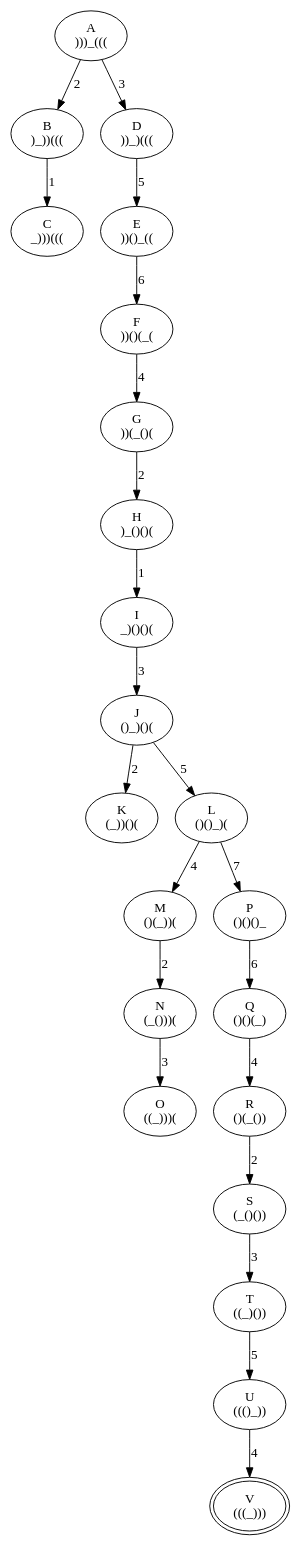
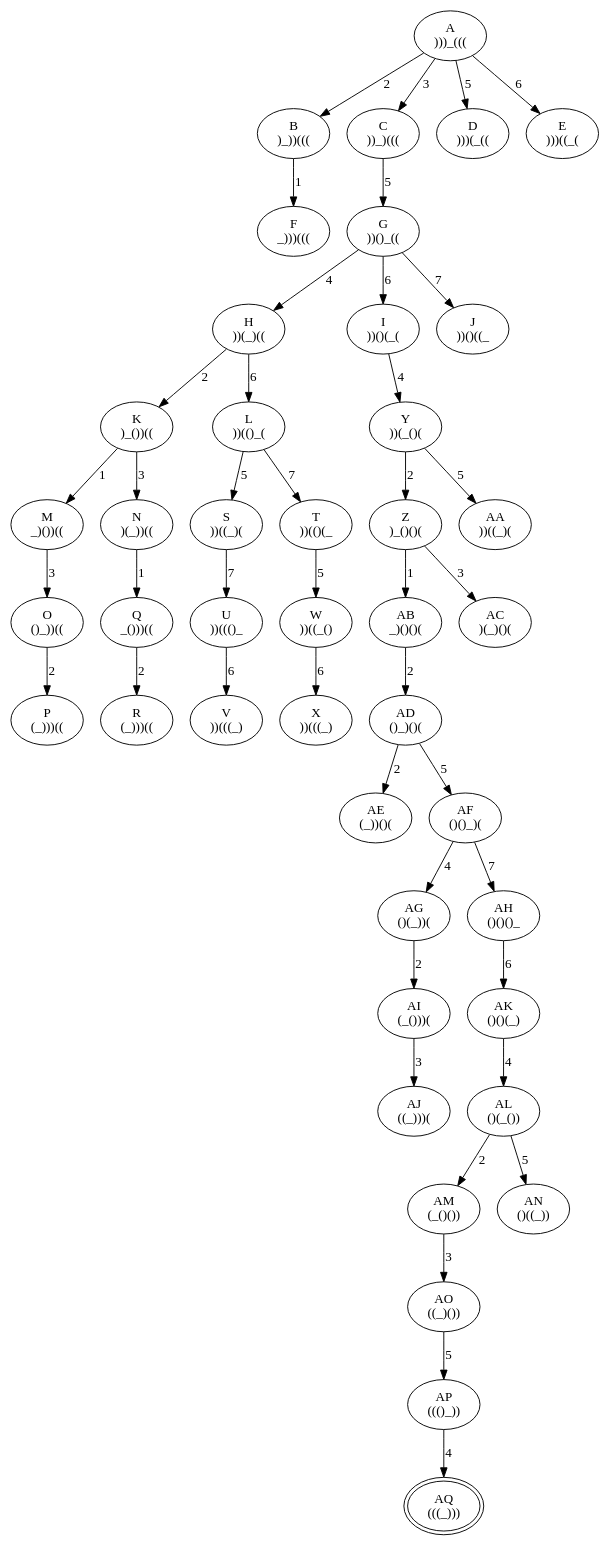
One commit to nicexe/the-jumping-frogs-puzzle changed the diagram in Diagram.dot. Above: the diagram before and after it, drawn with Graphviz.

Commit message:
Fixed the graph

```diff
--- a/Diagram.dot
+++ b/Diagram.dot
@@ -1,68 +1,89 @@
 
 digraph ""
 {
   A [label="A\n)))_((("] ;
-
     A -> B [label="2"] ;
-    B [label="B\n)_))((("] ;
-
-      B -> C [label="1"] ;
-      C [label="C\n_)))((("] ;
-
-    A -> D [label="3"] ;
-    D [label="D\n))_)((("] ;
-
-      D -> E [label="5"] ;
-      E [label="E\n))()_(("] ;
-
-        E -> F [label="6"] ;
-        F [label="F\n))()(_("] ;
-
-          F -> G [label="4"] ;
-          G [label="G\n))(_()("] ;
-
-            G -> H [label="2"] ;
-            H [label="H\n)_()()("] ;
-
-              H -> I [label="1"] ;
-              I [label="I\n_)()()("] ;
-
-                I -> J [label="3"] ;
-                J [label="J\n()_)()("] ;
-                
-                  J -> K [label="2"] ;
-                  K [label="K\n(_))()("] ;
-                  
-                J -> L [label="5"] ;
-                L [label="L\n()()_)("] ;
-                
-                  L -> M [label="4"] ;
-                  M [label="M\n()(_))("] ;
-                  
-                    M -> N [label="2"] ;
-                    N [label="N\n(_()))("] ;
-
-                      N -> O [label="3"] ;
-                      O [label="O\n((_)))("] ;
-
-                  L -> P [label="7"] ;
-                  P [label="P\n()()()_"] ;
-
-                    P -> Q [label="6"] ;
-                    Q [label="Q\n()()(_)"] ;
-
-                      Q -> R [label="4"] ;
-                      R [label="R\n()(_())"] ;
-
-                        R -> S [label="2"] ;
-                        S [label="S\n(_()())"] ;
-
-                          S -> T [label="3"] ;
-                          T [label="T\n((_)())"] ;
-
-                            T -> U [label="5"] ;
-                            U [label="U\n((()_))"] ;
-
-                              U -> V [label="4"] ;
-                              V [label="V\n(((_)))"][peripheries=2] ;
+      B [label="B\n)_))((("] ;
+        B -> F [label="1"] ;
+          F [label="F\n_)))((("] ;
+    A -> C [label="3"] ;
+      C [label="C\n))_)((("] ;
+        C -> G [label="5"] ;
+          G [label="G\n))()_(("] ;
+            G -> H [label="4"] ;
+              H [label="H\n))(_)(("] ;
+                H -> K [label="2"] ;
+                  K [label="K\n)_())(("] ;
+                    K -> M [label="1"] ;
+                      M [label="M\n_)())(("] ;
+                        M -> O [label="3"] ;
+                          O [label="O\n()_))(("] ;
+                            O -> P [label="2"] ;
+                              P [label="P\n(_)))(("] ;
+                    K -> N [label="3"] ;
+                      N [label="N\n)(_))(("] ;
+                        N -> Q [label="1"] ;
+                          Q [label="Q\n_()))(("] ;
+                            Q -> R [label="2"] ;
+                              R [label="R\n(_)))(("] ;
+                H -> L [label="6"] ;
+                  L [label="L\n))(()_("] ;
+                    L -> S [label="5"] ;
+                      S [label="S\n))((_)("] ;
+                        S -> U [label="7"] ;
+                          U [label="U\n))((()_"] ;
+                            U -> V [label="6"] ;
+                              V [label="V\n))(((_)"] ;
+                    L -> T [label="7"] ;
+                      T [label="T\n))(()(_"] ;
+                        T -> W [label="5"] ;
+                          W [label="W\n))((_()"] ;
+                            W -> X [label="6"] ;
+                              X [label="X\n))(((_)"] ;
+            G -> I [label="6"] ;
+              I [label="I\n))()(_("] ;
+                I -> Y [label="4"] ;
+                  Y [label="Y\n))(_()("] ;
+                    Y -> Z [label="2"] ;
+                      Z [label="Z\n)_()()("] ;
+                        Z -> AB [label="1"] ;
+                          AB [label="AB\n_)()()("] ;
+                            AB -> AD [label="2"] ;
+                              AD [label="AD\n()_)()("] ;
+                                AD -> AE [label="2"] ;
+                                  AE [label="AE\n(_))()("] ;
+                                AD -> AF [label="5"] ;
+                                  AF [label="AF\n()()_)("] ;
+                                    AF -> AG [label="4"] ;
+                                      AG [label="AG\n()(_))("] ;
+                                        AG -> AI [label="2"] ;
+                                          AI [label="AI\n(_()))("] ;
+                                            AI -> AJ [label="3"] ;
+                                              AJ [label="AJ\n((_)))("] ;
+                                    AF -> AH [label="7"] ;
+                                      AH [label="AH\n()()()_"] ;
+                                        AH -> AK [label="6"] ;
+                                          AK [label="AK\n()()(_)"] ;
+                                            AK -> AL [label="4"] ;
+                                              AL [label="AL\n()(_())"] ;
+                                                AL -> AM [label="2"] ;
+                                                  AM [label="AM\n(_()())"] ;
+                                                    AM -> AO [label="3"] ;
+                                                      AO [label="AO\n((_)())"] ;
+                                                        AO -> AP [label="5"] ;
+                                                          AP [label="AP\n((()_))"] ;
+                                                            AP -> AQ [label="4"] ;
+                                                              AQ [label="AQ\n(((_)))"][peripheries=2] ;
+                                                AL -> AN [label="5"] ;
+                                                  AN [label="AN\n()((_))"] ;
+                        Z -> AC [label="3"] ;
+                          AC [label="AC\n)(_)()("] ;
+                    Y -> AA [label="5"] ;
+                      AA [label="AA\n))((_)("] ;
+            G -> J [label="7"] ;
+              J [label="J\n))()((_"] ;
+    A -> D [label="5"] ;
+      D [label="D\n)))(_(("] ;
+    A -> E [label="6"] ;
+      E [label="E\n)))((_("] ;
 }
```
